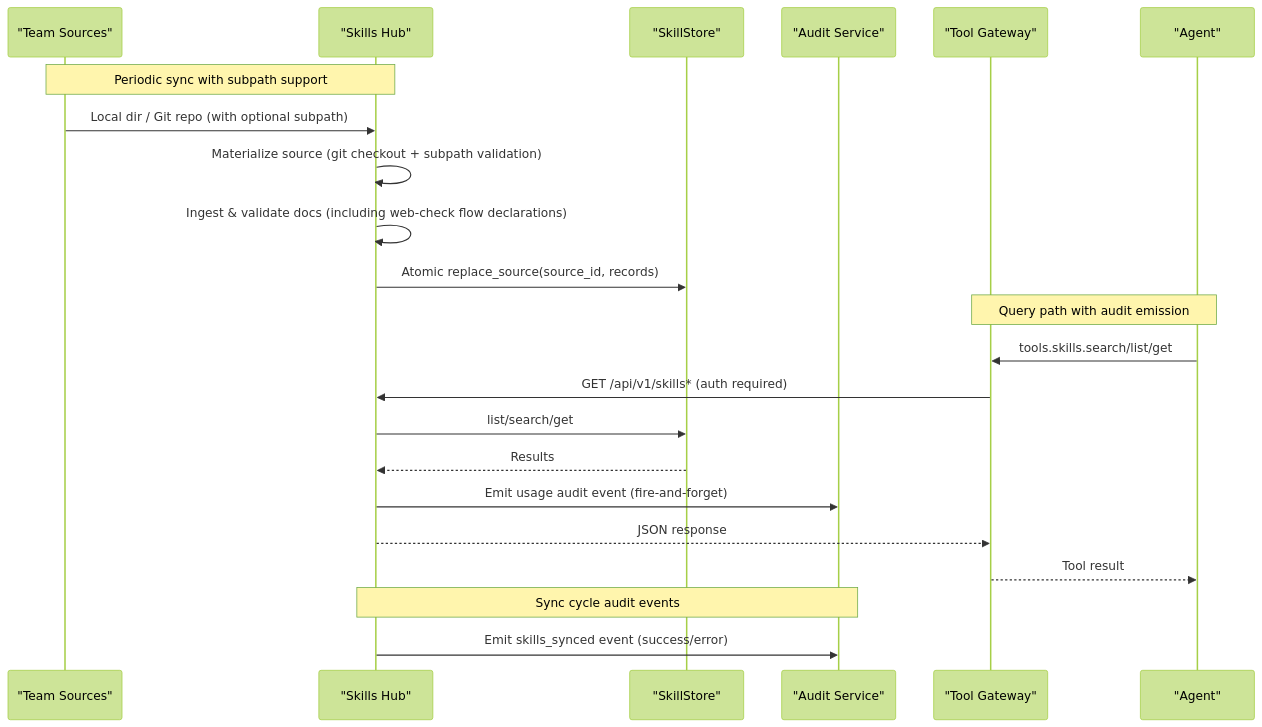
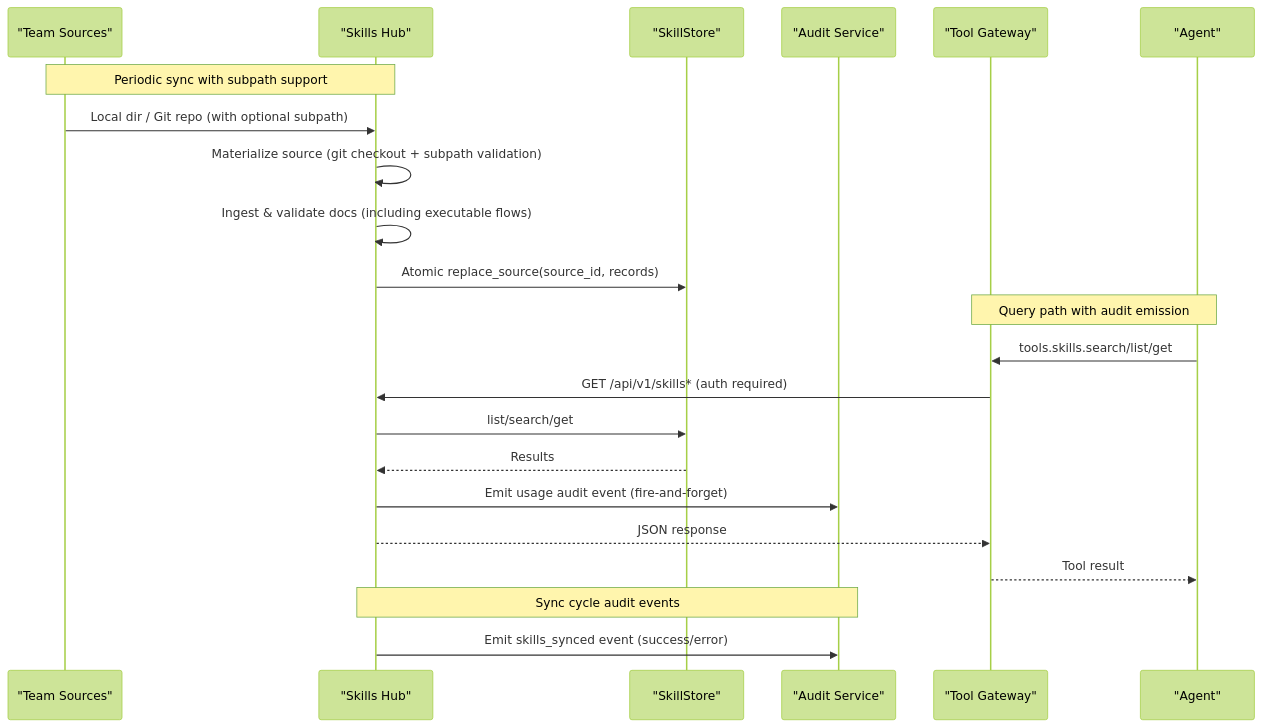
The second of 15 diagrams in .qoder/repowiki/en/content/Deployment and Operations/Skills Hub Service.md (metasync/luban-aiops), drawn with Mermaid (forest theme) before and after one commit. The commit also changed other lines of this file and 48 other files, not shown here.

````diff
--- a/.qoder/repowiki/en/content/Deployment and Operations/Skills Hub Service.md
+++ b/.qoder/repowiki/en/content/Deployment and Operations/Skills Hub Service.md
@@ -137,24 +144,24 @@
 ```mermaid
 sequenceDiagram
 participant Team as "Team Sources"
 participant Hub as "Skills Hub"
 participant Store as "SkillStore"
 participant Audit as "Audit Service"
 participant GW as "Tool Gateway"
 participant Agent as "Agent"
 Note over Team,Hub : Periodic sync with subpath support
 Team->>Hub : Local dir / Git repo (with optional subpath)
 Hub->>Hub : Materialize source (git checkout + subpath validation)
-Hub->>Hub : Ingest & validate docs (including web-check flow declarations)
+Hub->>Hub : Ingest & validate docs (including executable flows)
 Hub->>Store : Atomic replace_source(source_id, records)
 Note over Agent,GW : Query path with audit emission
 Agent->>GW : tools.skills.search/list/get
 GW->>Hub : GET /api/v1/skills* (auth required)
 Hub->>Store : list/search/get
 Store-->>Hub : Results
 Hub->>Audit : Emit usage audit event (fire-and-forget)
 Hub-->>GW : JSON response
 GW-->>Agent : Tool result
 Note over Hub,Audit : Sync cycle audit events
 Hub->>Audit : Emit skills_synced event (success/error)
 ```
````
